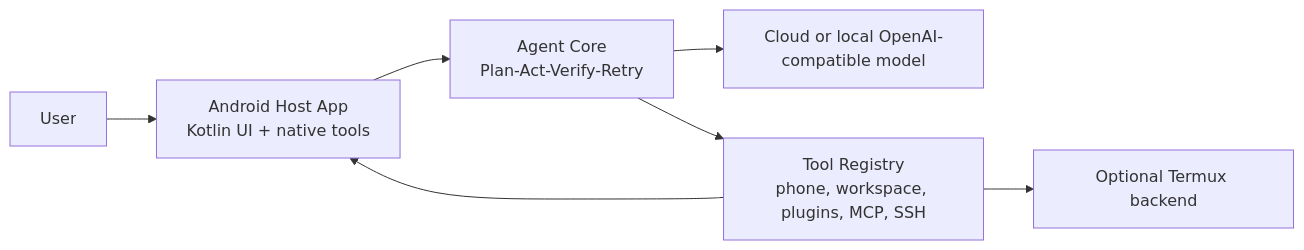
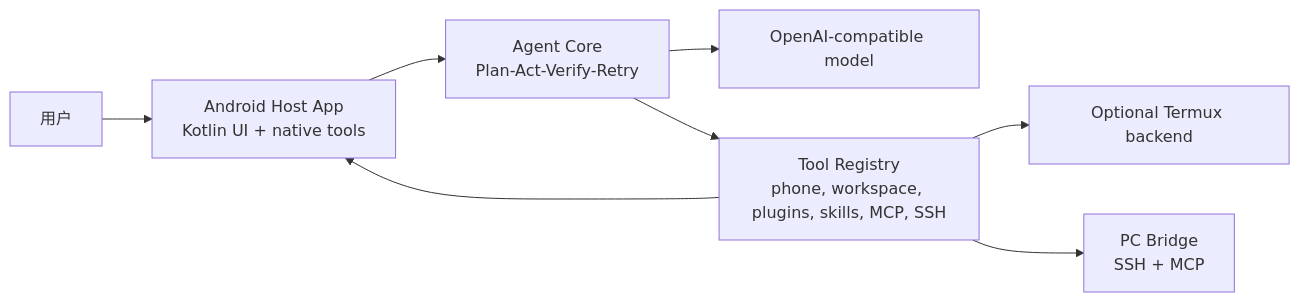
Before and after one commit to tianhao789456/phone-native-agent: the diagram in README.md, drawn with Mermaid. The commit also changed other lines of this file and 165 other files, not shown here.

````diff
--- a/README.md
+++ b/README.md
@@ -80,16 +140,18 @@
 ```mermaid
 flowchart LR
-    User["User"]
+    User["用户"]
     Android["Android Host App<br/>Kotlin UI + native tools"]
     Core["Agent Core<br/>Plan-Act-Verify-Retry"]
-    Tools["Tool Registry<br/>phone, workspace, plugins, MCP, SSH"]
+    Tools["Tool Registry<br/>phone, workspace, plugins, skills, MCP, SSH"]
     Termux["Optional Termux backend"]
-    Model["Cloud or local OpenAI-compatible model"]
+    PC["PC Bridge<br/>SSH + MCP"]
+    Model["OpenAI-compatible model"]
 
     User --> Android
     Android --> Core
     Core --> Model
     Core --> Tools
     Tools --> Android
     Tools --> Termux
+    Tools --> PC
 ```
````
